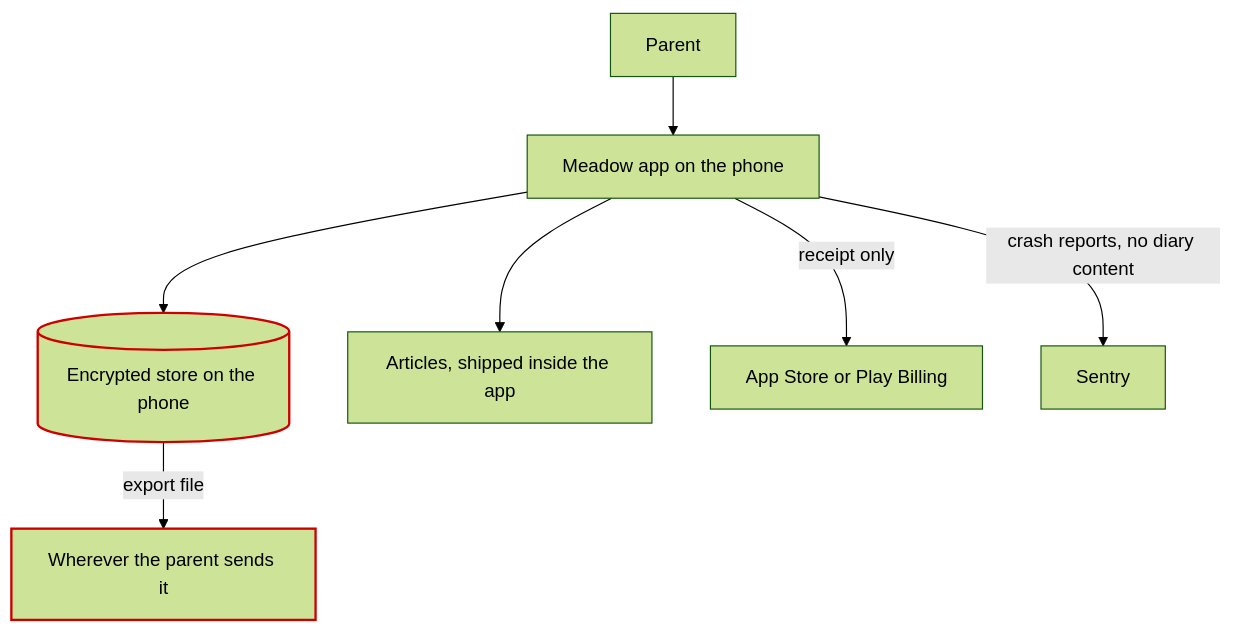
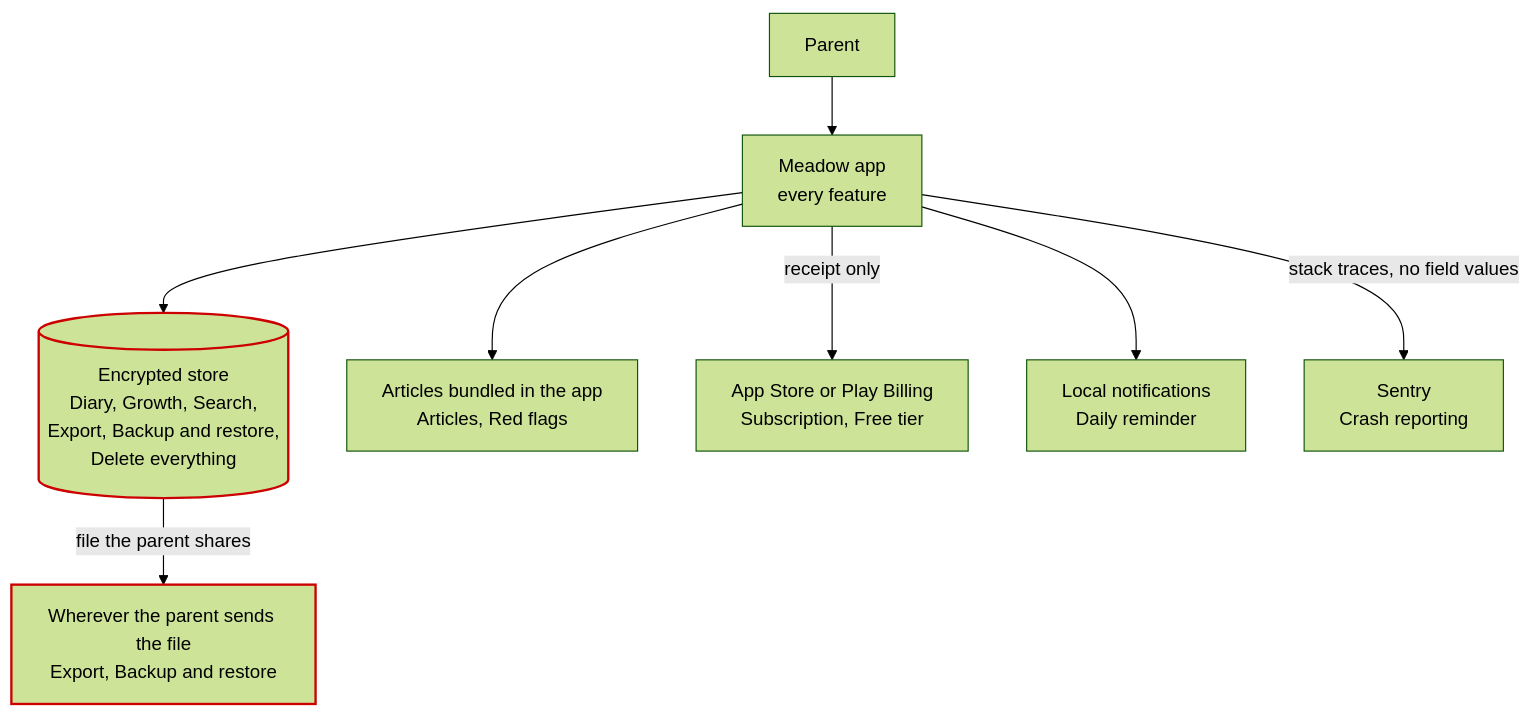
The diagram in examples/architecture.md (drewlr/AI-spec-kit), drawn with Mermaid (forest theme) before and after one commit. The commit also changed other lines of this file and 4 other files, not shown here.

````diff
--- a/examples/architecture.md
+++ b/examples/architecture.md
@@ -10,12 +13,22 @@
 ```mermaid
 flowchart TD
-    P[Parent] --> A[Meadow app on the phone]
-    A --> S[(Encrypted store on the phone)]
-    A --> C[Articles, shipped inside the app]
-    A -->|receipt only| B[App Store or Play Billing]
-    A -->|crash reports, no diary content| X[Sentry]
-    S -->|export file| E[Wherever the parent sends it]
+    P[Parent]
+    A["Meadow app<br/>every feature"]
+    S[("Encrypted store<br/>Diary, Growth, Search,<br/>Export, Backup and restore,<br/>Delete everything")]
+    C["Articles bundled in the app<br/>Articles, Red flags"]
+    B["App Store or Play Billing<br/>Subscription, Free tier"]
+    N["Local notifications<br/>Daily reminder"]
+    X["Sentry<br/>Crash reporting"]
+    E["Wherever the parent sends the file<br/>Export, Backup and restore"]
+
+    P --> A
+    A --> S
+    A --> C
+    A --> N
+    A -->|receipt only| B
+    A -->|stack traces, no field values| X
+    S -->|file the parent shares| E
 
     classDef personal stroke:#c00,stroke-width:2px
     class S,E personal
 ```
````
